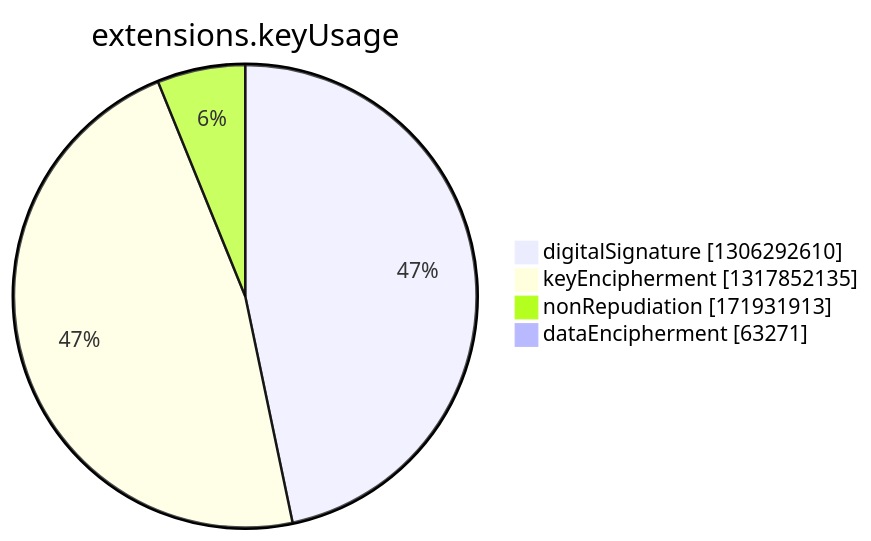
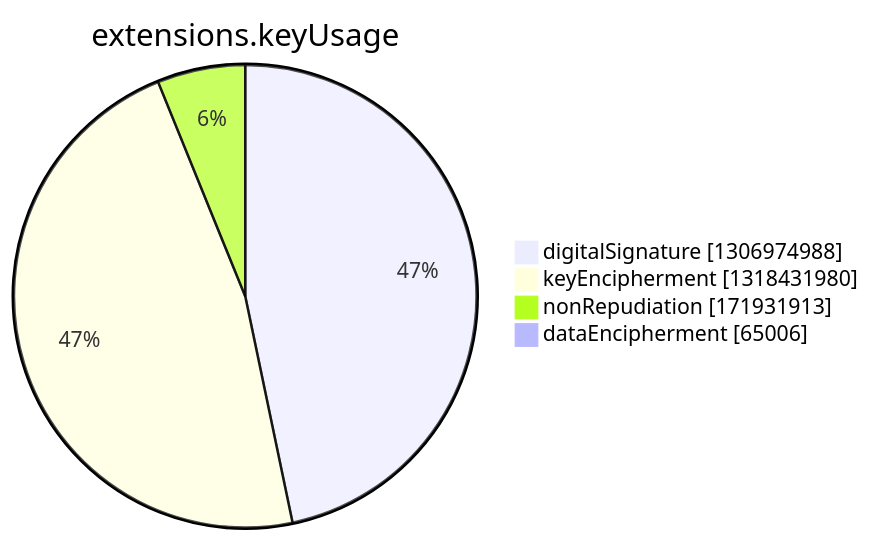
Before and after one commit to christiankrug/ctmonitor_visualization: the seventh of 15 diagrams in argon2022/README.md, drawn with Mermaid. The commit also changed other lines of this file, not shown here.

````diff
--- a/argon2022/README.md
+++ b/argon2022/README.md
@@ -2750,8 +2750,8 @@
 ```mermaid
 pie showData
 title extensions.keyUsage
-"digitalSignature" :1306292610
-"keyEncipherment" :1317852135
+"digitalSignature" :1306974988
+"keyEncipherment" :1318431980
 "nonRepudiation" :171931913
-"dataEncipherment" :63271
+"dataEncipherment" :65006
 ```
````
